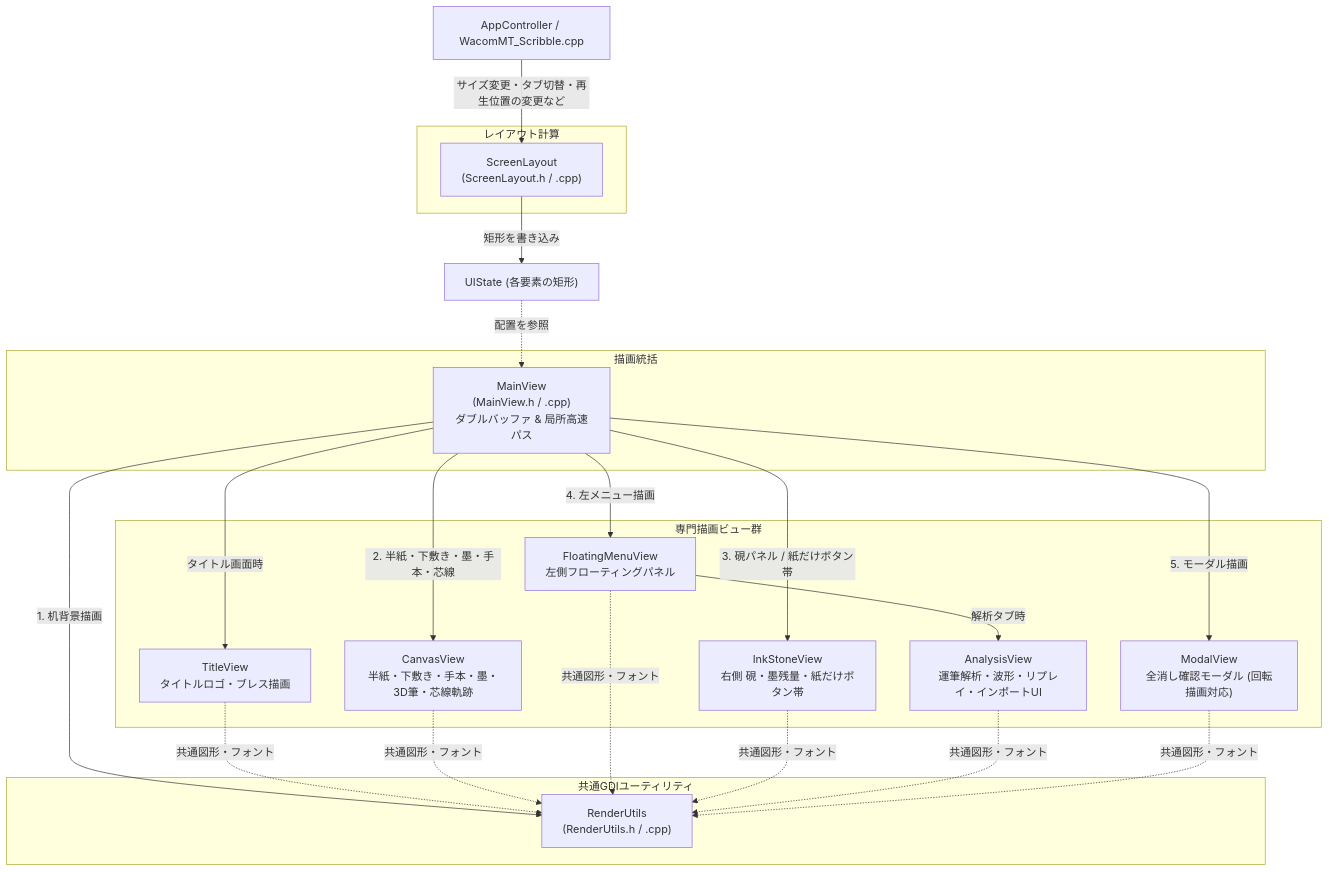
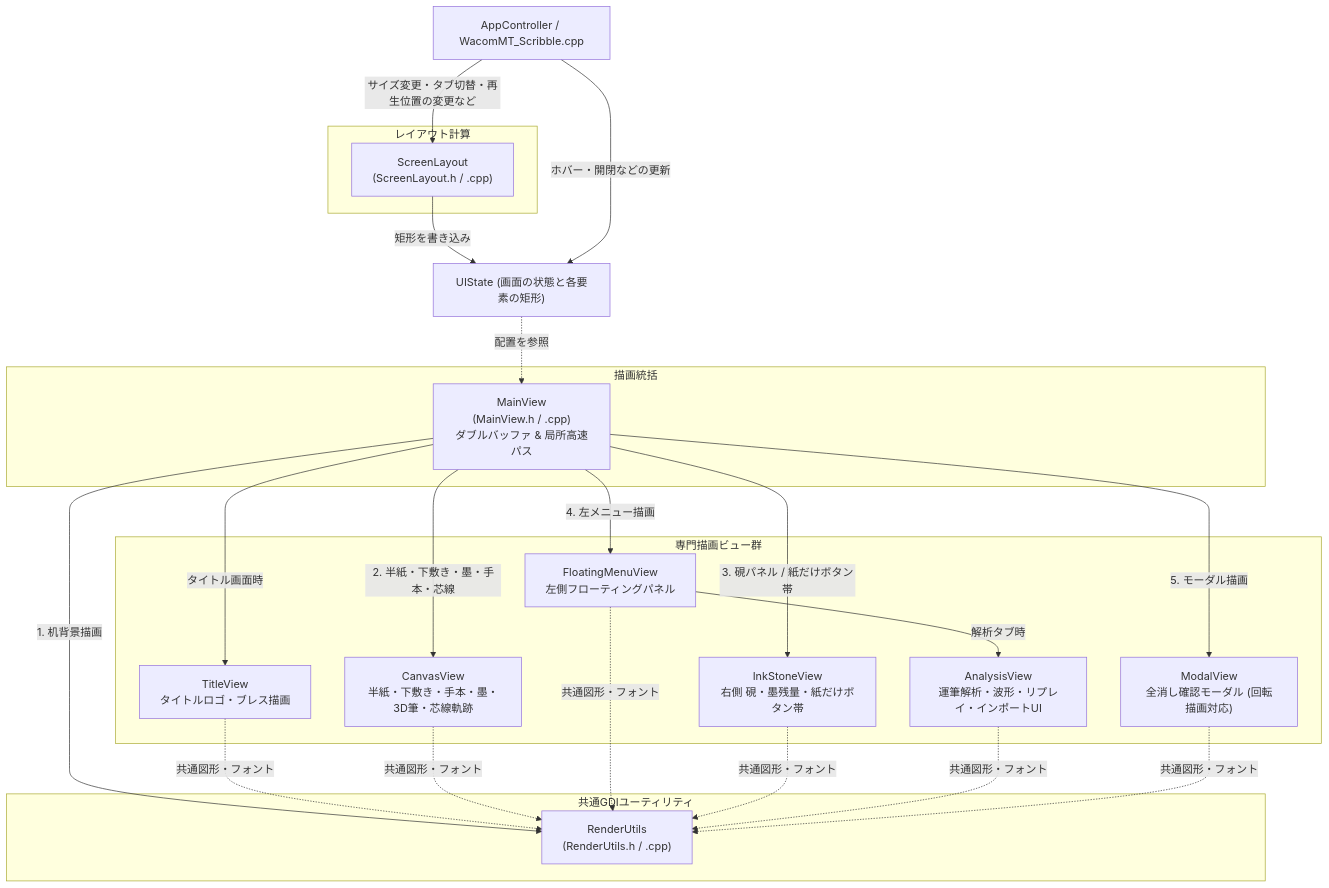
Before and after one commit to OkuboKazuki/Fude_Sense: the diagram in learn/views.md, drawn with Mermaid. The commit also changed other lines of this file and 6 other files, not shown here.

````diff
--- a/learn/views.md
+++ b/learn/views.md
@@ -11,45 +11,46 @@
 ```mermaid
 graph TD
     subgraph MainPresenter ["描画統括"]
         MV["MainView<br>(MainView.h / .cpp)<br>ダブルバッファ & 局所高速パス"]
     end
 
     subgraph SpecializedViews ["専門描画ビュー群"]
         TV["TitleView<br>タイトルロゴ・ブレス描画"]
         CV["CanvasView<br>半紙・下敷き・手本・墨・3D筆・芯線軌跡"]
         FV["FloatingMenuView<br>左側フローティングパネル"]
         IV["InkStoneView<br>右側 硯・墨残量・紙だけボタン帯"]
         AV["AnalysisView<br>運筆解析・波形・リプレイ・インポートUI"]
         MODV["ModalView<br>全消し確認モーダル (回転描画対応)"]
     end
 
     subgraph CommonUtil ["共通GDIユーティリティ"]
         RU["RenderUtils<br>(RenderUtils.h / .cpp)"]
     end
 
     subgraph LayoutCalc ["レイアウト計算"]
         SL["ScreenLayout<br>(ScreenLayout.h / .cpp)"]
     end
 
     Caller["AppController / WacomMT_Scribble.cpp"]
-    UIStateNode["UIState (各要素の矩形)"]
+    UIStateNode["UIState (画面の状態と各要素の矩形)"]
 
     MV -->|タイトル画面時| TV
     MV -->|1. 机背景描画| RU
     MV -->|2. 半紙・下敷き・墨・手本・芯線| CV
     MV -->|3. 硯パネル / 紙だけボタン帯| IV
     MV -->|4. 左メニュー描画| FV
     FV -->|解析タブ時| AV
     MV -->|5. モーダル描画| MODV
 
     TV -.->|共通図形・フォント| RU
     CV -.->|共通図形・フォント| RU
     FV -.->|共通図形・フォント| RU
     IV -.->|共通図形・フォント| RU
     AV -.->|共通図形・フォント| RU
     MODV -.->|共通図形・フォント| RU
 
     Caller -->|サイズ変更・タブ切替・再生位置の変更など| SL
     SL -->|矩形を書き込み| UIStateNode
+    Caller -->|ホバー・開閉などの更新| UIStateNode
     UIStateNode -.->|配置を参照| MV
 ```
````
